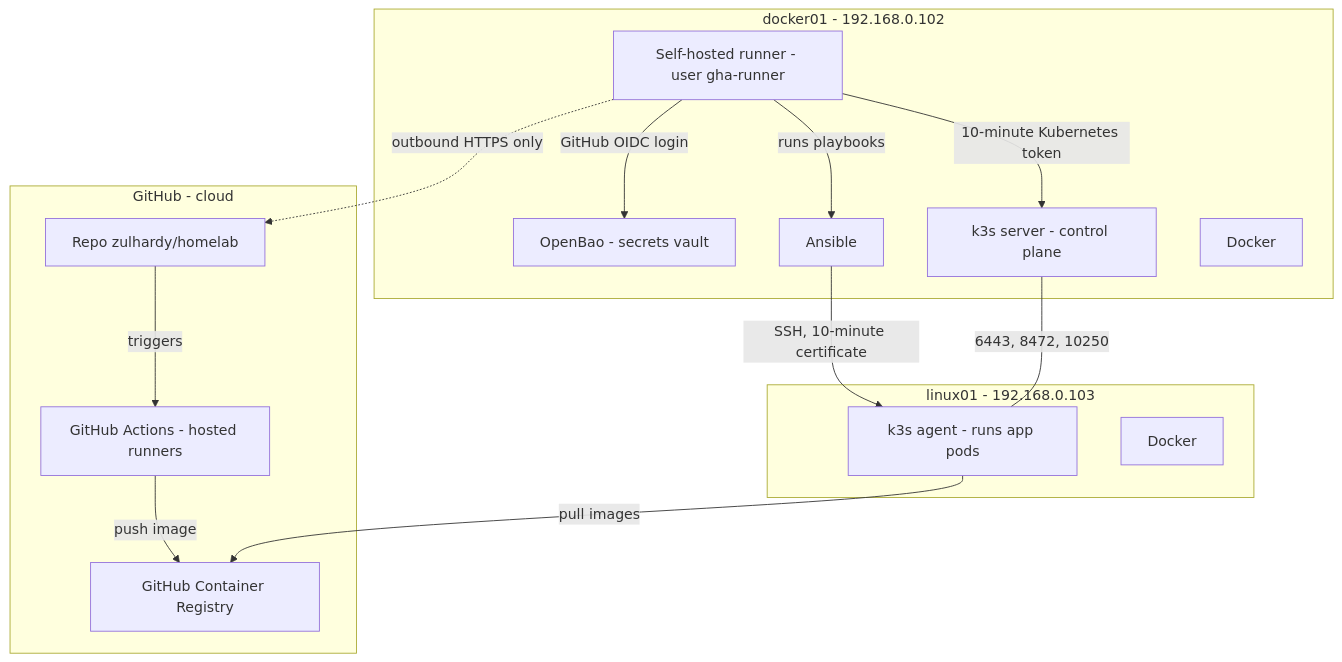
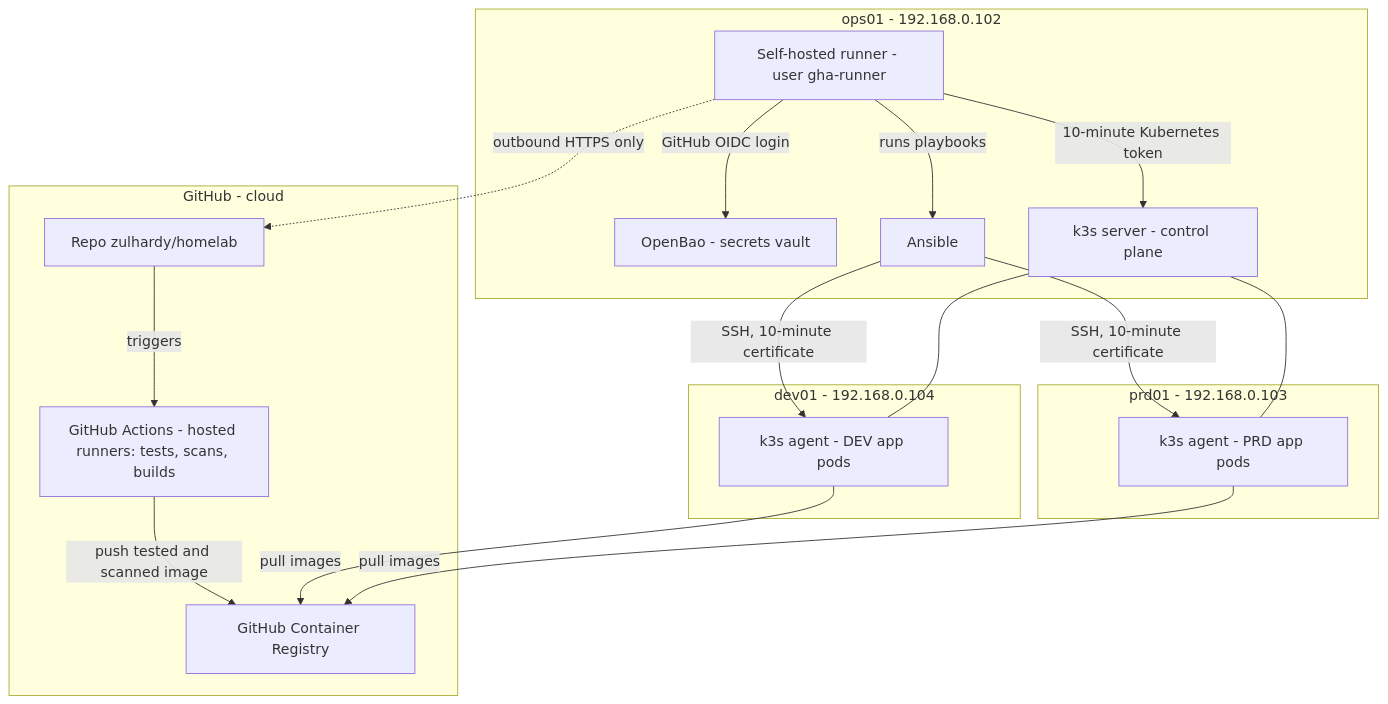
One commit to Zulhardy/homelab changed the first of 2 diagrams in README.md. Above: the diagram before and after it, drawn with Mermaid. The commit also changed other lines of this file and 42 other files, not shown here.

````diff
--- a/README.md
+++ b/README.md
@@ -28,28 +32,32 @@
 ```mermaid
 flowchart TB
     subgraph GH["GitHub - cloud"]
         REPO["Repo zulhardy/homelab"]
-        GHA["GitHub Actions - hosted runners"]
+        GHA["GitHub Actions - hosted runners: tests, scans, builds"]
         GHCR["GitHub Container Registry"]
     end
-    subgraph D1["docker01 - 192.168.0.102"]
+    subgraph O1["ops01 - 192.168.0.102"]
         RUN["Self-hosted runner - user gha-runner"]
         BAO["OpenBao - secrets vault"]
         ANS["Ansible"]
         K3S["k3s server - control plane"]
-        DK1["Docker"]
     end
-    subgraph L1["linux01 - 192.168.0.103"]
-        AG["k3s agent - runs app pods"]
-        DK2["Docker"]
+    subgraph D1["dev01 - 192.168.0.104"]
+        AGD["k3s agent - DEV app pods"]
+    end
+    subgraph P1["prd01 - 192.168.0.103"]
+        AGP["k3s agent - PRD app pods"]
     end
     REPO -->|"triggers"| GHA
-    GHA -->|"push image"| GHCR
+    GHA -->|"push tested and scanned image"| GHCR
     RUN -.->|"outbound HTTPS only"| REPO
     RUN -->|"GitHub OIDC login"| BAO
     RUN -->|"runs playbooks"| ANS
-    ANS -->|"SSH, 10-minute certificate"| AG
+    ANS -->|"SSH, 10-minute certificate"| AGD
+    ANS -->|"SSH, 10-minute certificate"| AGP
     RUN -->|"10-minute Kubernetes token"| K3S
-    K3S ---|"6443, 8472, 10250"| AG
-    AG -->|"pull images"| GHCR
+    K3S --- AGD
+    K3S --- AGP
+    AGD -->|"pull images"| GHCR
+    AGP -->|"pull images"| GHCR
 ```
````
